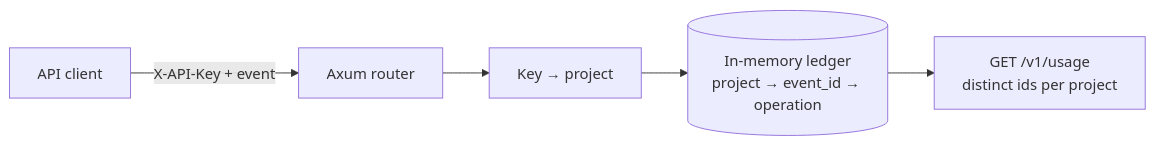
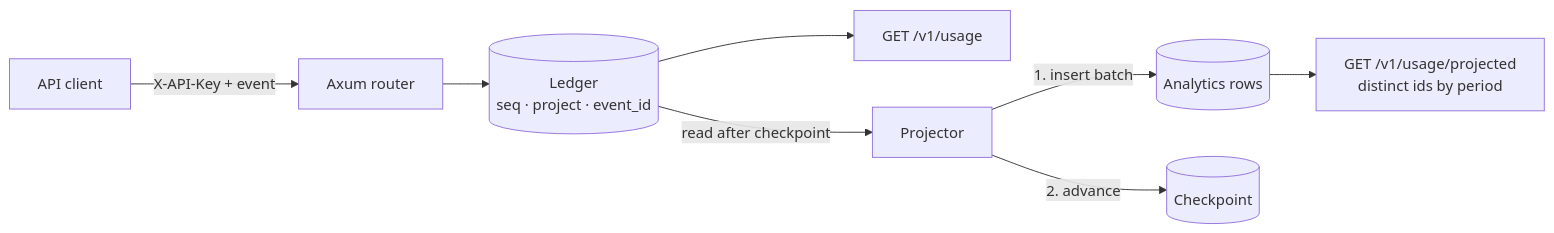
Before and after one commit to acamilateixeira/metertrail: the first of 2 diagrams in wiki/Architecture.md, drawn with Mermaid. The commit also changed other lines of this file and 21 other files, not shown here.

````diff
--- a/wiki/Architecture.md
+++ b/wiki/Architecture.md
@@ -5,7 +5,10 @@
 ```mermaid
 flowchart LR
     Client[API client] -->|X-API-Key + event| API[Axum router]
-    API --> Auth[Key → project]
-    Auth --> Ledger[(In-memory ledger<br/>project → event_id → operation)]
-    Ledger --> Usage[GET /v1/usage<br/>distinct ids per project]
+    API --> Ledger[(Ledger<br/>seq · project · event_id)]
+    Ledger --> Usage[GET /v1/usage]
+    Ledger -->|read after checkpoint| Job[Projector]
+    Job -->|1. insert batch| Analytics[(Analytics rows)]
+    Job -->|2. advance| Checkpoint[(Checkpoint)]
+    Analytics --> Projected[GET /v1/usage/projected<br/>distinct ids by period]
 ```
````
